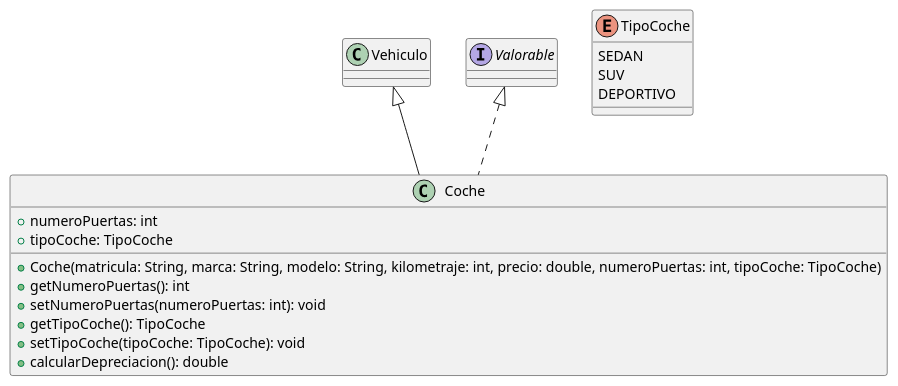
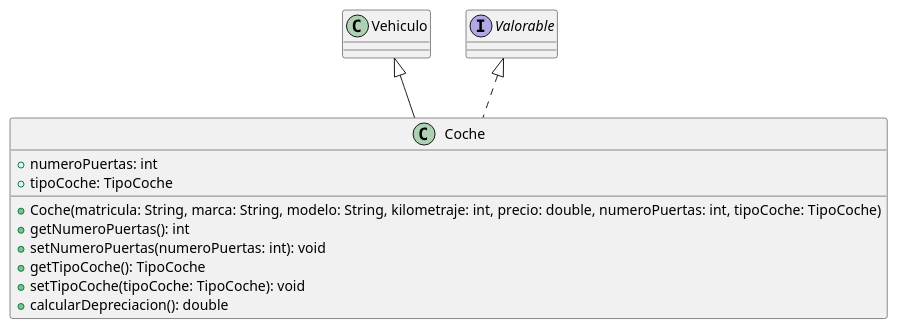
One commit to crobles98/UT5_ED_Prog changed the diagram in uml/Coche.puml. Above: the diagram before and after it, drawn with PlantUML.

Commit message:
Borrar enum de Coche.puml
Borrar enum 'TipoCoche' e implementado en archivo separado.

```diff
--- a/uml/Coche.puml
+++ b/uml/Coche.puml
@@ -1,18 +1,12 @@
 @startuml
 class Coche extends Vehiculo implements Valorable {
   + numeroPuertas: int
   + tipoCoche: TipoCoche
   + Coche(matricula: String, marca: String, modelo: String, kilometraje: int, precio: double, numeroPuertas: int, tipoCoche: TipoCoche)
   + getNumeroPuertas(): int
   + setNumeroPuertas(numeroPuertas: int): void
   + getTipoCoche(): TipoCoche
   + setTipoCoche(tipoCoche: TipoCoche): void
   + calcularDepreciacion(): double
 }
-
-enum TipoCoche {
-  SEDAN
-  SUV
-  DEPORTIVO
-}
 @enduml
```
